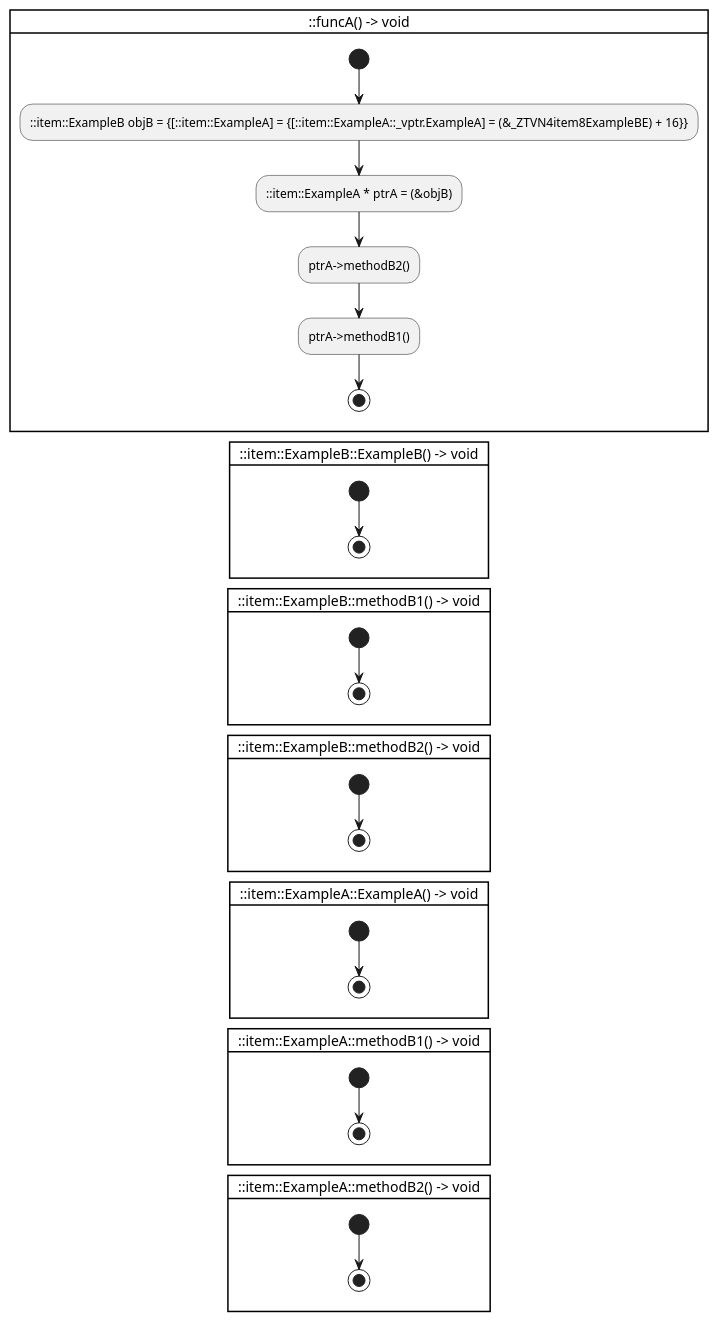
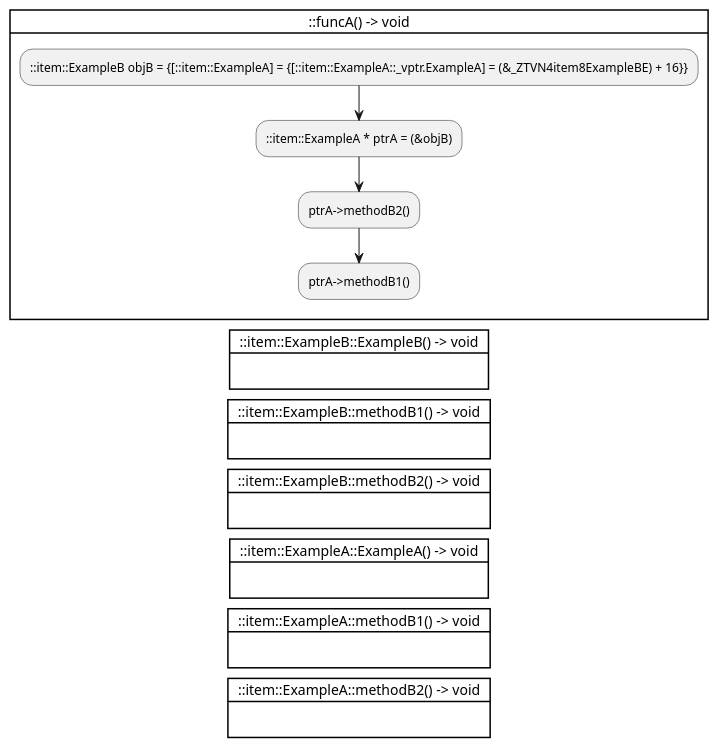
The diagram in examples/ctrlflowgraph/ctrl_ptr.cpp.puml (anetczuk/gcc-uml), drawn with PlantUML before and after one commit. The commit also changed 12 other files, not shown here.

```diff
--- a/examples/ctrlflowgraph/ctrl_ptr.cpp.puml
+++ b/examples/ctrlflowgraph/ctrl_ptr.cpp.puml
@@ -1,43 +1,36 @@
 @startuml
 
 card "::funcA() -> void" {
-    start
     :::item::ExampleB objB = {[::item::ExampleA] = {[::item::ExampleA::_vptr.ExampleA] = (&_ZTVN4item8ExampleBE) + 16}};
     :::item::ExampleA * ptrA = (&objB);
     :ptrA->methodB2();
     :ptrA->methodB1();
-    stop
+    -[hidden]->
 }
 
 card "::item::ExampleB::ExampleB() -> void" {
-    start
-    stop
+    -[hidden]->
 }
 
 card "::item::ExampleB::methodB1() -> void" {
-    start
-    stop
+    -[hidden]->
 }
 
 card "::item::ExampleB::methodB2() -> void" {
-    start
-    stop
+    -[hidden]->
 }
 
 card "::item::ExampleA::ExampleA() -> void" {
-    start
-    stop
+    -[hidden]->
 }
 
 card "::item::ExampleA::methodB1() -> void" {
-    start
-    stop
+    -[hidden]->
 }
 
 card "::item::ExampleA::methodB2() -> void" {
-    start
-    stop
+    -[hidden]->
 }
 
 
 @enduml
```
